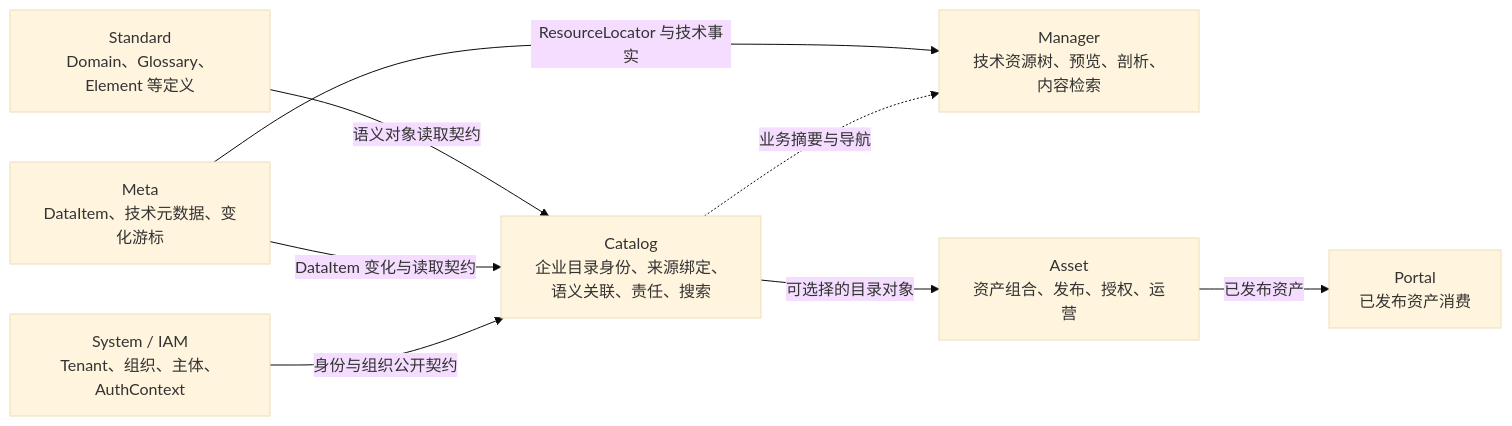
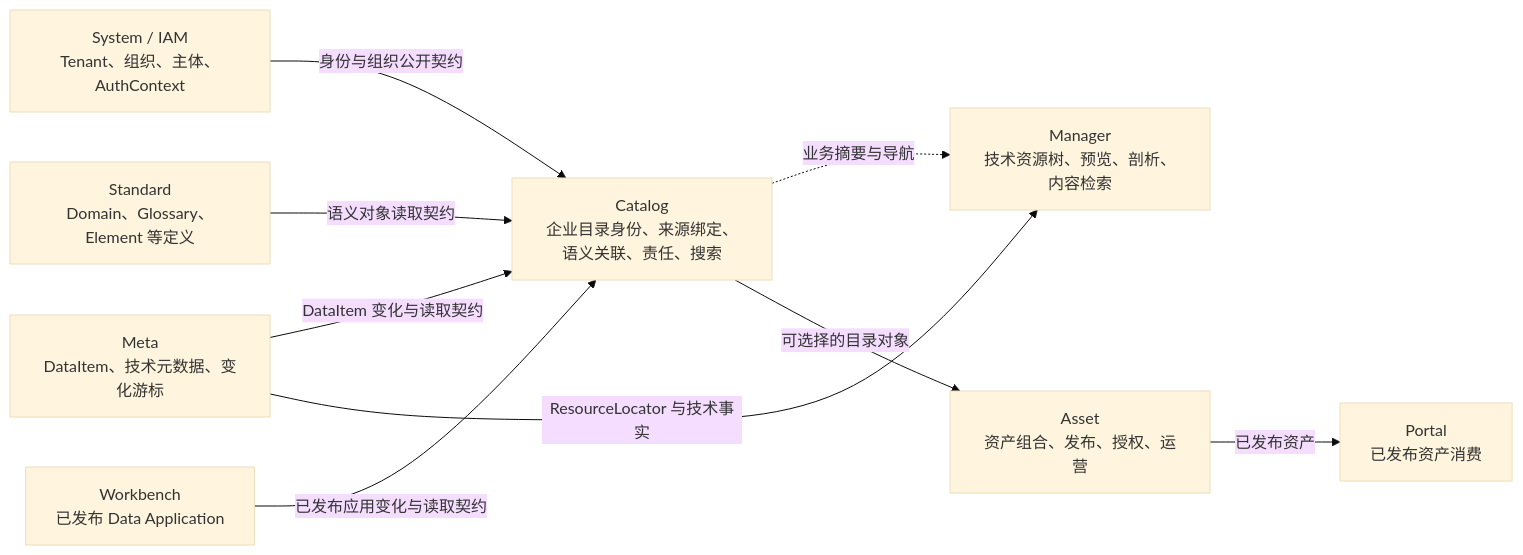
One commit to pampa0629/addp changed the second of 4 diagrams in docs/concepts/addp企业数据目录体系图.md. Above: the diagram before and after it, drawn with Mermaid (base theme). The commit also changed other lines of this file and 92 other files, not shown here.

````diff
--- a/docs/concepts/addp企业数据目录体系图.md
+++ b/docs/concepts/addp企业数据目录体系图.md
@@ -64,18 +64,20 @@
 ```mermaid
 flowchart LR
     System["System / IAM\nTenant、组织、主体、AuthContext"]
     Meta["Meta\nDataItem、技术元数据、变化游标"]
     Standard["Standard\nDomain、Glossary、Element 等定义"]
+    Workbench["Workbench\n已发布 Data Application"]
     Catalog["Catalog\n企业目录身份、来源绑定、语义关联、责任、搜索"]
     Manager["Manager\n技术资源树、预览、剖析、内容检索"]
     Asset["Asset\n资产组合、发布、授权、运营"]
     Portal["Portal\n已发布资产消费"]
 
     System -->|"身份与组织公开契约"| Catalog
     Meta -->|"DataItem 变化与读取契约"| Catalog
     Standard -->|"语义对象读取契约"| Catalog
+    Workbench -->|"已发布应用变化与读取契约"| Catalog
     Catalog -.->|"业务摘要与导航"| Manager
     Catalog -->|"可选择的目录对象"| Asset
     Asset -->|"已发布资产"| Portal
     Meta -->|"ResourceLocator 与技术事实"| Manager
 ```
````
